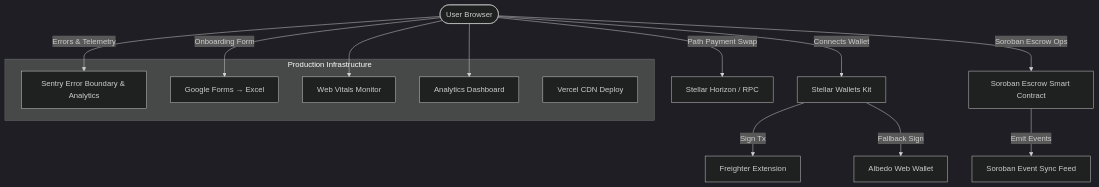
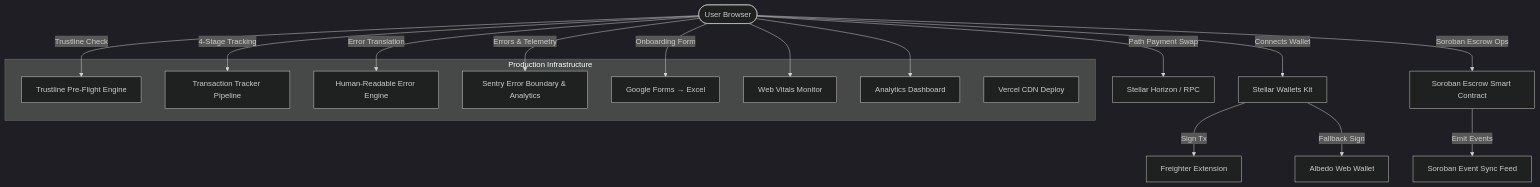
Before and after one commit to ps910/StellarSwap-Pro: the diagram in README.md, drawn with Mermaid (dark theme). The commit also changed other lines of this file and 15 other files, not shown here.

````diff
--- a/README.md
+++ b/README.md
@@ -35,25 +87,32 @@
 ```mermaid
 graph TD
     User([User Browser]) -->|Connects Wallet| WalletKit[Stellar Wallets Kit]
     WalletKit -->|Sign Tx| Freighter[Freighter Extension]
     WalletKit -->|Fallback Sign| Albedo[Albedo Web Wallet]
     
     User -->|Path Payment Swap| PathDEX[Stellar Horizon / RPC]
     User -->|Soroban Escrow Ops| EscrowContract[Soroban Escrow Smart Contract]
     
     EscrowContract -->|Emit Events| EventFeed[Soroban Event Sync Feed]
     
+    User -->|Trustline Check| TrustlinePreFlight[Trustline Pre-Flight Engine]
+    User -->|4-Stage Tracking| TxTracker[Transaction Tracker Pipeline]
+    User -->|Error Translation| ErrorEngine[Human-Readable Error Engine]
+    
     User -->|Errors & Telemetry| Sentry[Sentry Error Boundary & Analytics]
     User -->|Onboarding Form| GoogleForm[Google Forms → Excel]
     
     subgraph Production Infrastructure
         Sentry
         WebVitals[Web Vitals Monitor]
         Analytics[Analytics Dashboard]
         Vercel[Vercel CDN Deploy]
         GoogleForm
+        TrustlinePreFlight
+        TxTracker
+        ErrorEngine
     end
     
     User --> WebVitals
     User --> Analytics
 ```
````
